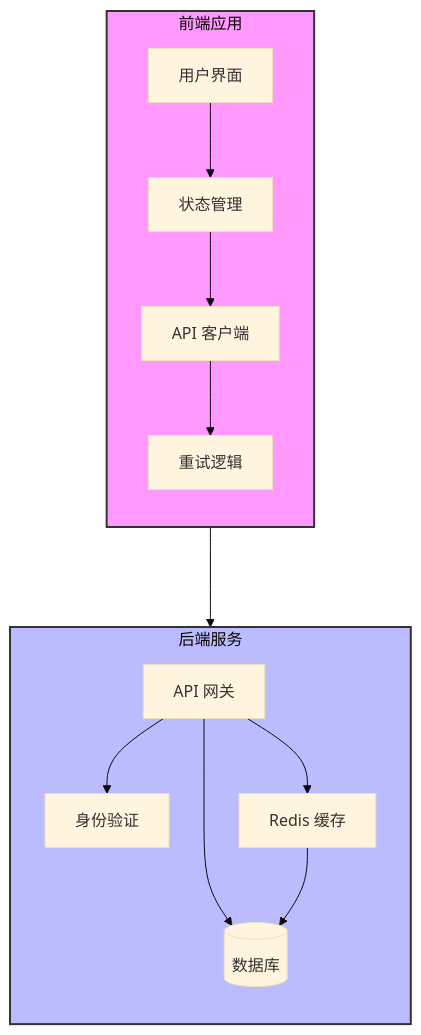
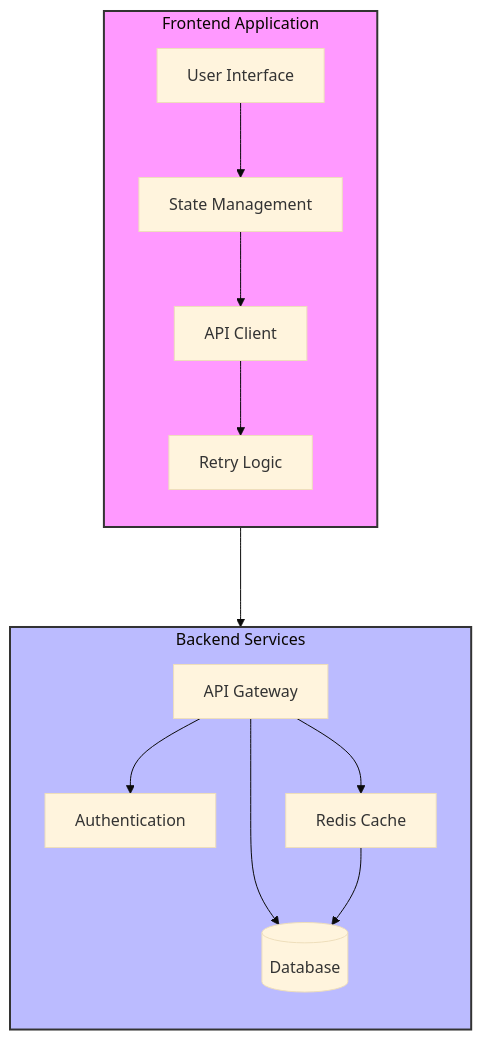
One commit to sametcn99/vitepress-mermaid-renderer changed the first of 30 diagrams in docs/content/zh/examples/advanced.md. Above: the diagram before and after it, drawn with Mermaid (base theme). The commit also changed other lines of this file and 19 other files, not shown here.

````diff
--- a/docs/content/zh/examples/advanced.md
+++ b/docs/content/zh/examples/advanced.md
@@ -7,22 +8,22 @@
 ```mermaid
 flowchart TB
-    subgraph Backend["后端服务"]
+    subgraph Backend["Backend Services"]
         direction TB
-        API[API 网关] --> Auth[身份验证]
-        API --> Cache[Redis 缓存]
-        API --> DB[(数据库)]
+        API[API Gateway] --> Auth[Authentication]
+        API --> Cache[Redis Cache]
+        API --> DB[(Database)]
         Cache --> DB
     end
 
-    subgraph Frontend["前端应用"]
+    subgraph Frontend["Frontend Application"]
         direction TB
-        UI[用户界面] --> State[状态管理]
-        State --> APIClient[API 客户端]
-        APIClient --> Retry[重试逻辑]
+        UI[User Interface] --> State[State Management]
+        State --> APIClient[API Client]
+        APIClient --> Retry[Retry Logic]
     end
 
     Frontend ---> Backend
 
     style Frontend fill:#f9f,stroke:#333,stroke-width:2px
     style Backend fill:#bbf,stroke:#333,stroke-width:2px
 ```
````
